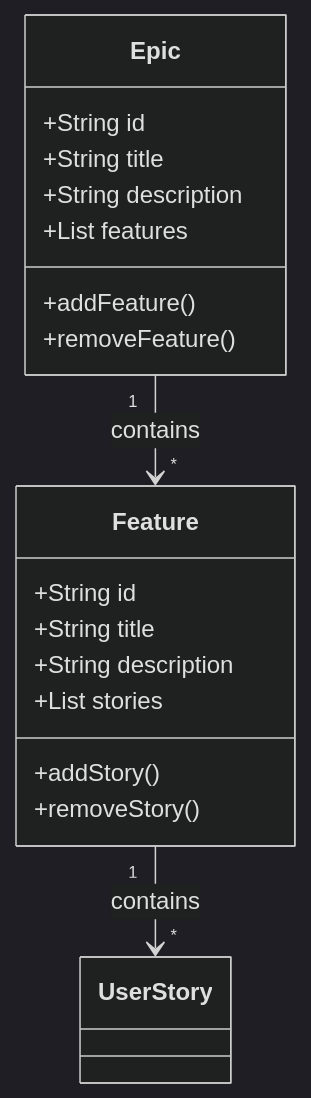
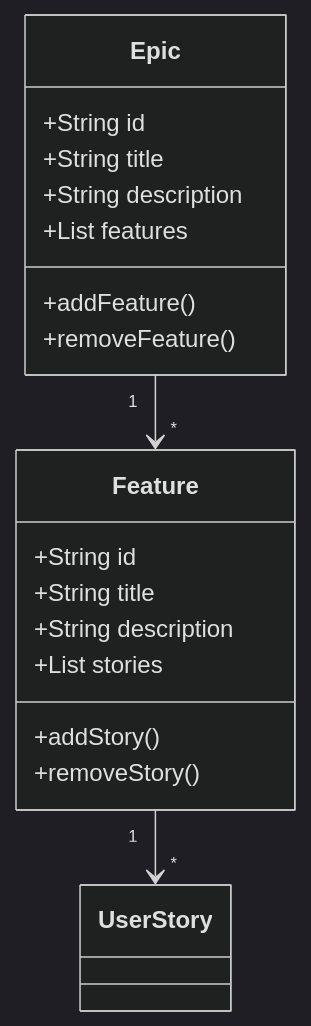
Before and after one commit to cyberlife-coder/agile-planner-mcp-server: the third of 5 diagrams in .windsurf/workflows/mermaid-workflow.md, drawn with Mermaid (dark theme). The commit also changed other lines of this file and 13 other files, not shown here.

Commit message:
docs: mise à jour documentation avec format backlog et diagrammes de validation

````diff
--- a/.windsurf/workflows/mermaid-workflow.md
+++ b/.windsurf/workflows/mermaid-workflow.md
@@ -46,21 +55,21 @@
-```mermaid
-classDiagram
-    class Epic {
-        +String id
-        +String title
-        +String description
-        +List<Feature> features
-        +addFeature()
-        +removeFeature()
-    }
-    class Feature {
-        +String id
-        +String title
-        +String description
-        +List<UserStory> stories
-        +addStory()
-        +removeStory()
-    }
-    Epic "1" --> "*" Feature: contains
-    Feature "1" --> "*" UserStory: contains
-```
+   ```mermaid
+   classDiagram
+     class Epic {
+       +String id
+       +String title
+       +String description
+       +List<Feature> features
+       +addFeature()
+       +removeFeature()
+     }
+     class Feature {
+       +String id
+       +String title
+       +String description
+       +List<UserStory> stories
+       +addStory()
+       +removeStory()
+     }
+     Epic "1" --> "*" Feature
+     Feature "1" --> "*" UserStory
+   ```
````
